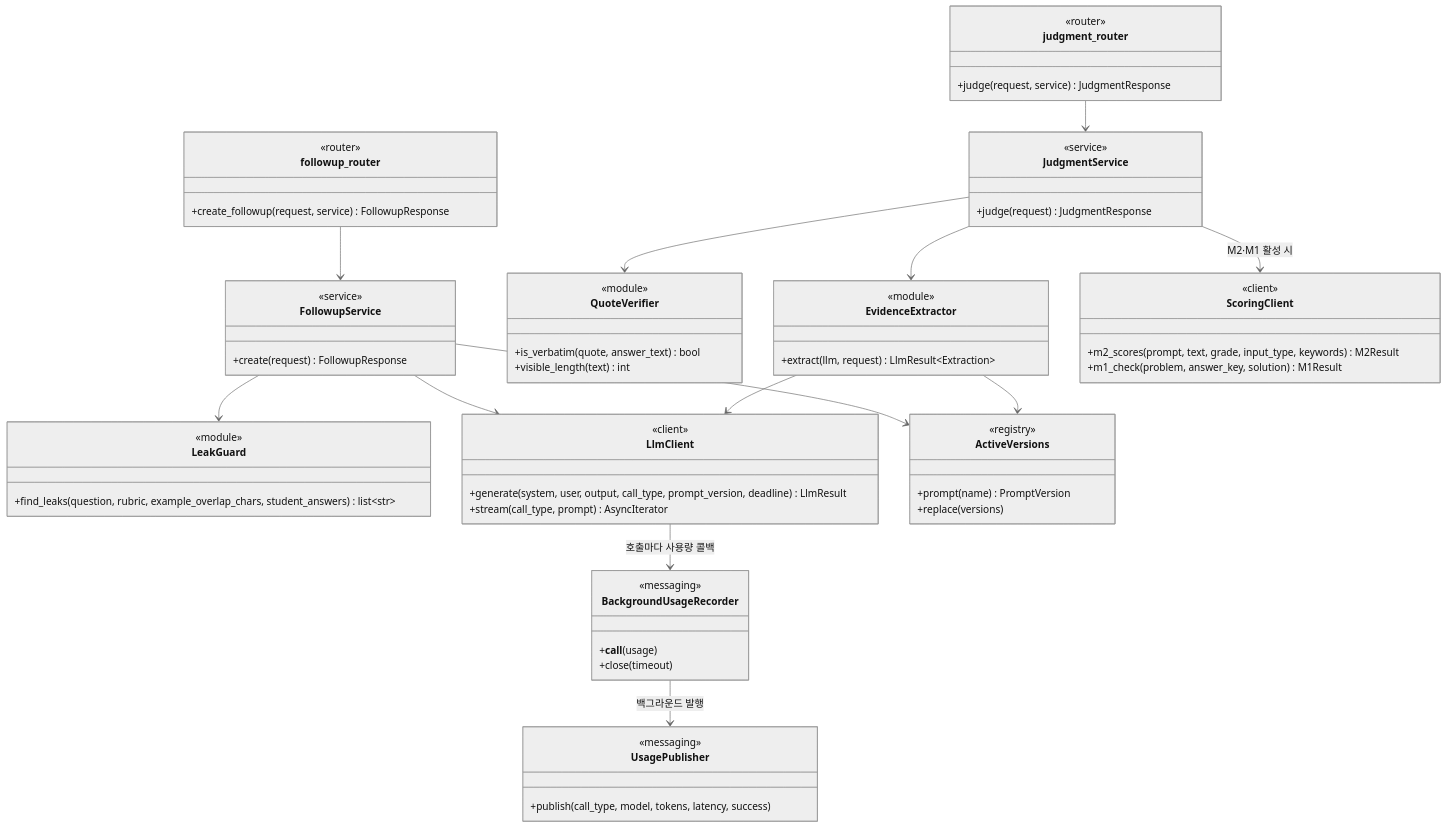
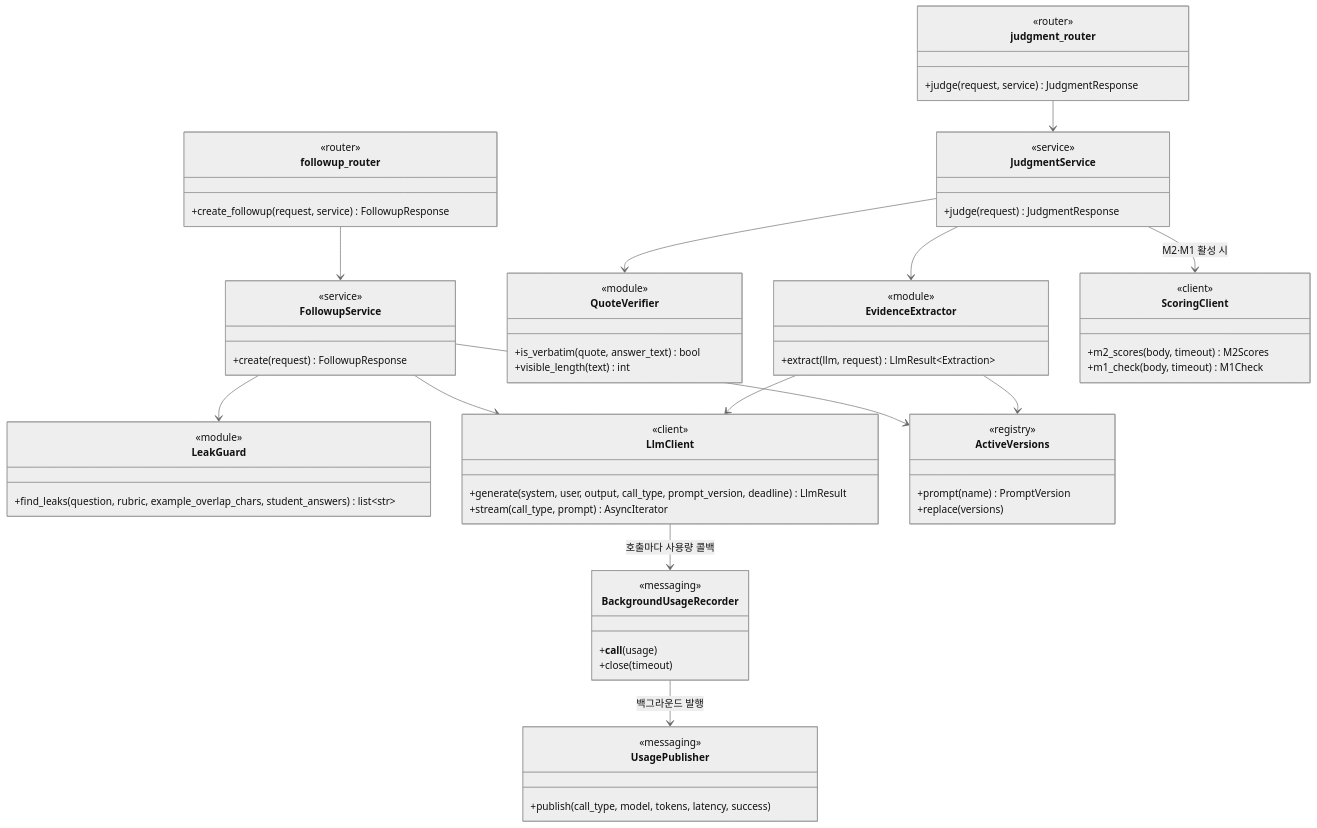
Diagram 11 of 15 in docs/design/class-diagram.md (SKNETWORKS-FAMILY-AICAMP/SKN34-FINAL-3TEAM), drawn with Mermaid (neutral theme) before and after one commit. The commit also changed other lines of this file and 5 other files, not shown here.

````diff
--- a/docs/design/class-diagram.md
+++ b/docs/design/class-diagram.md
@@ -1589,70 +1589,70 @@
 ```mermaid
 classDiagram
   direction TB
   class judgment_router {
     <<router>>
     +judge(request, service) JudgmentResponse
   }
   class JudgmentService {
     <<service>>
     +judge(request) JudgmentResponse
   }
   class EvidenceExtractor {
     <<module>>
     +extract(llm, request) LlmResult~Extraction~
   }
   class QuoteVerifier {
     <<module>>
     +is_verbatim(quote, answer_text) bool
     +visible_length(text) int
   }
   class followup_router {
     <<router>>
     +create_followup(request, service) FollowupResponse
   }
   class FollowupService {
     <<service>>
     +create(request) FollowupResponse
   }
   class LeakGuard {
     <<module>>
     +find_leaks(question, rubric, example_overlap_chars, student_answers) list~str~
   }
   class LlmClient {
     <<client>>
     +generate(system, user, output, call_type, prompt_version, deadline) LlmResult
     +stream(call_type, prompt) AsyncIterator
   }
   class ScoringClient {
     <<client>>
-    +m2_scores(prompt, text, grade, input_type, keywords) M2Result
-    +m1_check(problem, answer_key, solution) M1Result
+    +m2_scores(body, timeout) M2Scores
+    +m1_check(body, timeout) M1Check
   }
   class ActiveVersions {
     <<registry>>
     +prompt(name) PromptVersion
     +replace(versions)
   }
   class BackgroundUsageRecorder {
     <<messaging>>
     +__call__(usage)
     +close(timeout)
   }
   class UsagePublisher {
     <<messaging>>
     +publish(call_type, model, tokens, latency, success)
   }
 
   judgment_router --> JudgmentService
   JudgmentService --> EvidenceExtractor
   JudgmentService --> QuoteVerifier
   JudgmentService --> ScoringClient : M2·M1 활성 시
   EvidenceExtractor --> LlmClient
   EvidenceExtractor --> ActiveVersions
   followup_router --> FollowupService
   FollowupService --> LlmClient
   FollowupService --> LeakGuard
   FollowupService --> ActiveVersions
   LlmClient --> BackgroundUsageRecorder : 호출마다 사용량 콜백
   BackgroundUsageRecorder --> UsagePublisher : 백그라운드 발행
 ```
````
